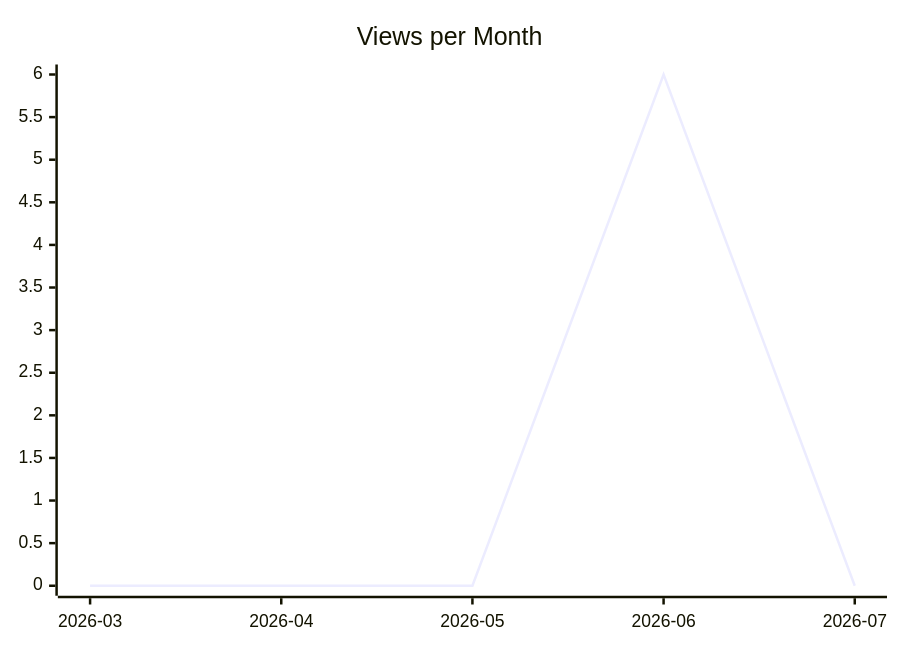
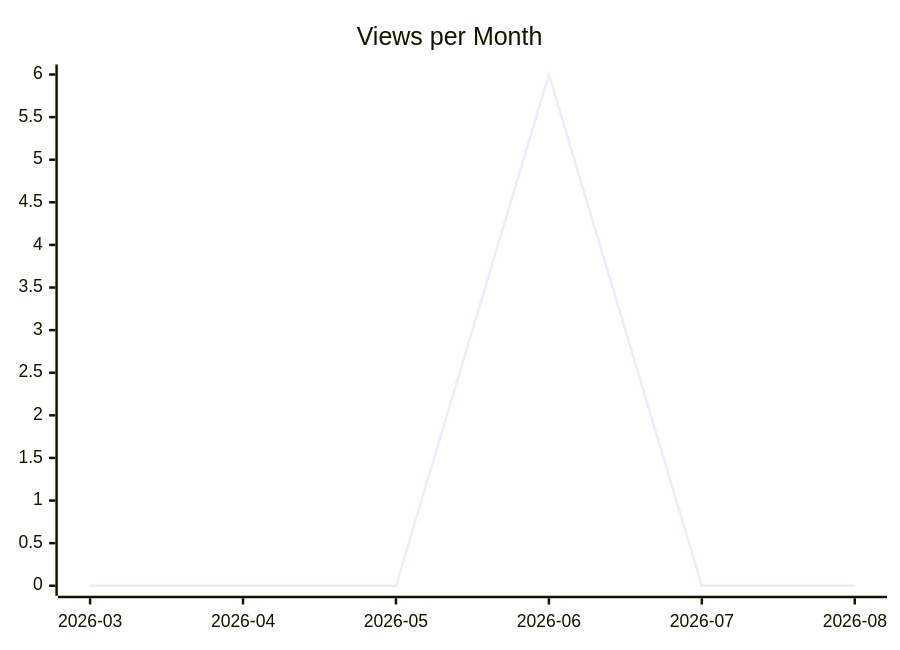
The second of 3 diagrams in karlmdavis/ansible-role-ldap/README.md (justdavis-family/github-analytics-data), drawn with Mermaid before and after one commit. The commit also changed other lines of this file and 184 other files, not shown here.

````diff
--- a/karlmdavis/ansible-role-ldap/README.md
+++ b/karlmdavis/ansible-role-ldap/README.md
@@ -12,6 +12,6 @@
 ```mermaid
 xychart-beta
   title "Views per Month"
-  x-axis ["2026-03", "2026-04", "2026-05", "2026-06", "2026-07"]
-  line [0, 0, 0, 6, 0]
+  x-axis ["2026-03", "2026-04", "2026-05", "2026-06", "2026-07", "2026-08"]
+  line [0, 0, 0, 6, 0, 0]
 ```
````
